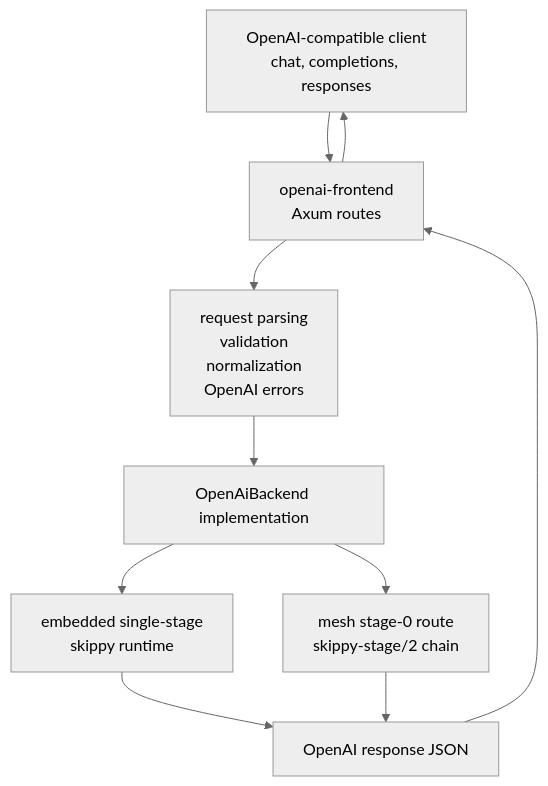
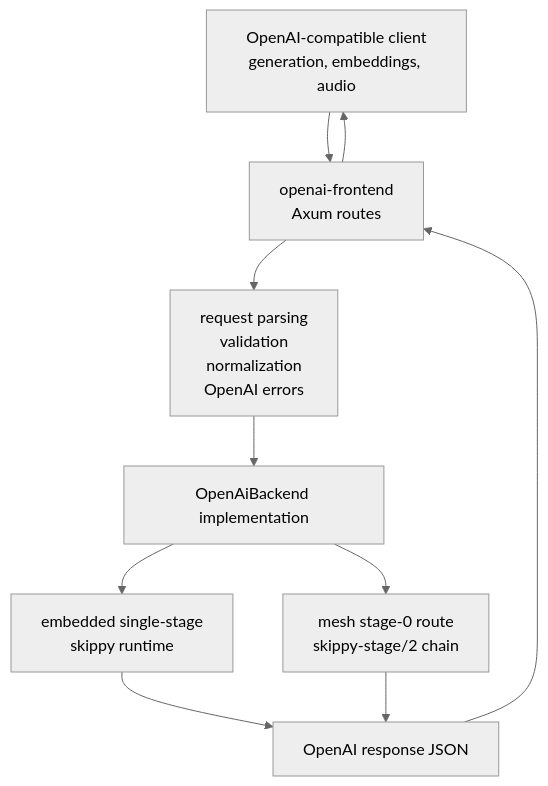
Before and after one commit to Battlefield-Art/mesh-llm: the diagram in crates/openai-frontend/README.md, drawn with Mermaid (neutral theme). The commit also changed other lines of this file and 191 other files, not shown here.

Commit message:
feat(skippy): serve non-chat GGUF workloads via OpenAI API (#1833)

````diff
--- a/crates/openai-frontend/README.md
+++ b/crates/openai-frontend/README.md
@@ -60,12 +66,12 @@
 ```mermaid
 flowchart TB
-    C["OpenAI-compatible client<br/>chat, completions, responses"] --> R["openai-frontend<br/>Axum routes"]
+    C["OpenAI-compatible client<br/>generation, embeddings, audio"] --> R["openai-frontend<br/>Axum routes"]
     R --> Parse["request parsing<br/>validation<br/>normalization<br/>OpenAI errors"]
     Parse --> B["OpenAiBackend implementation"]
     B --> Local["embedded single-stage<br/>skippy runtime"]
     B --> Chain["mesh stage-0 route<br/>skippy-stage/2 chain"]
     Local --> Resp["OpenAI response JSON"]
     Chain --> Resp
     Resp --> R
     R --> C
 ```
````
